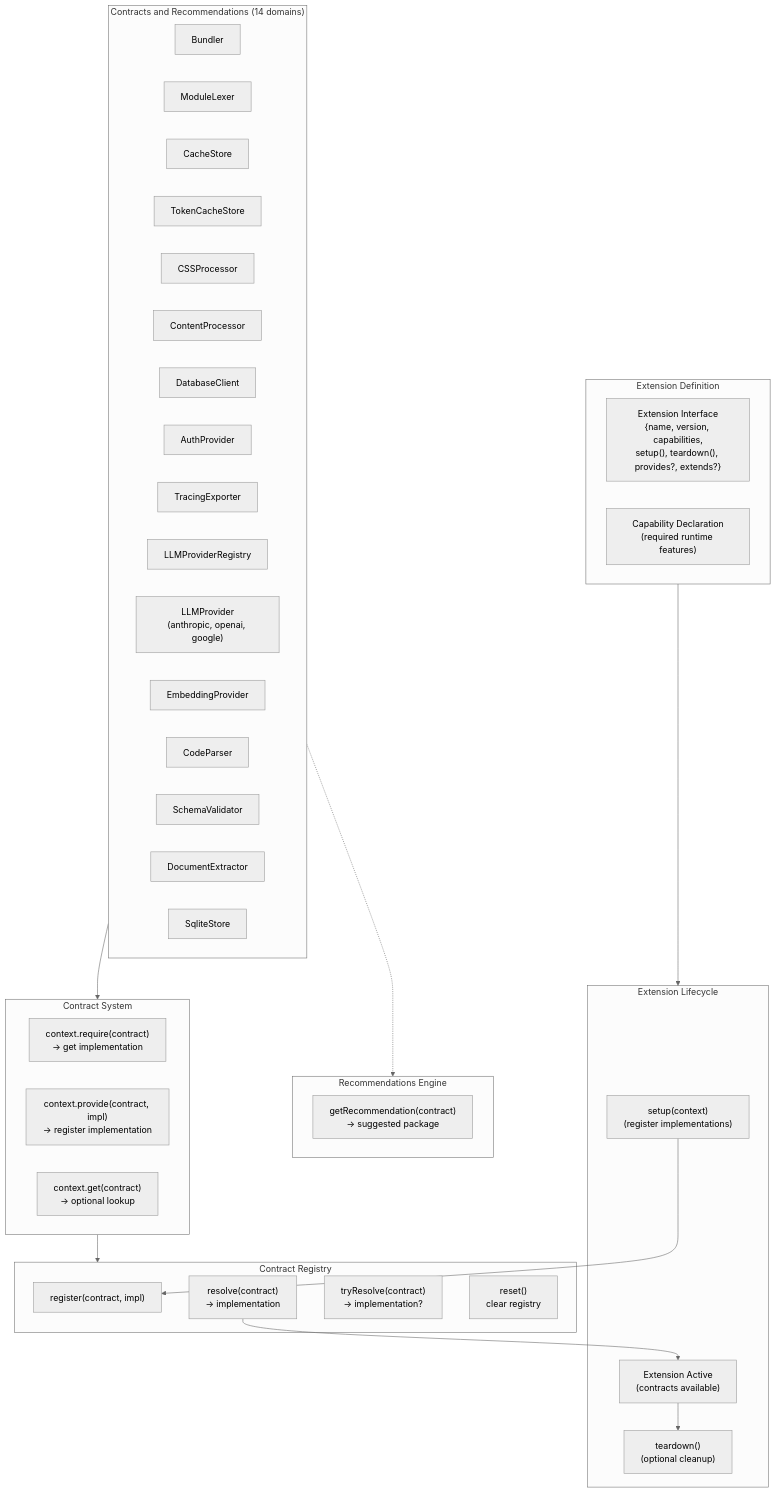
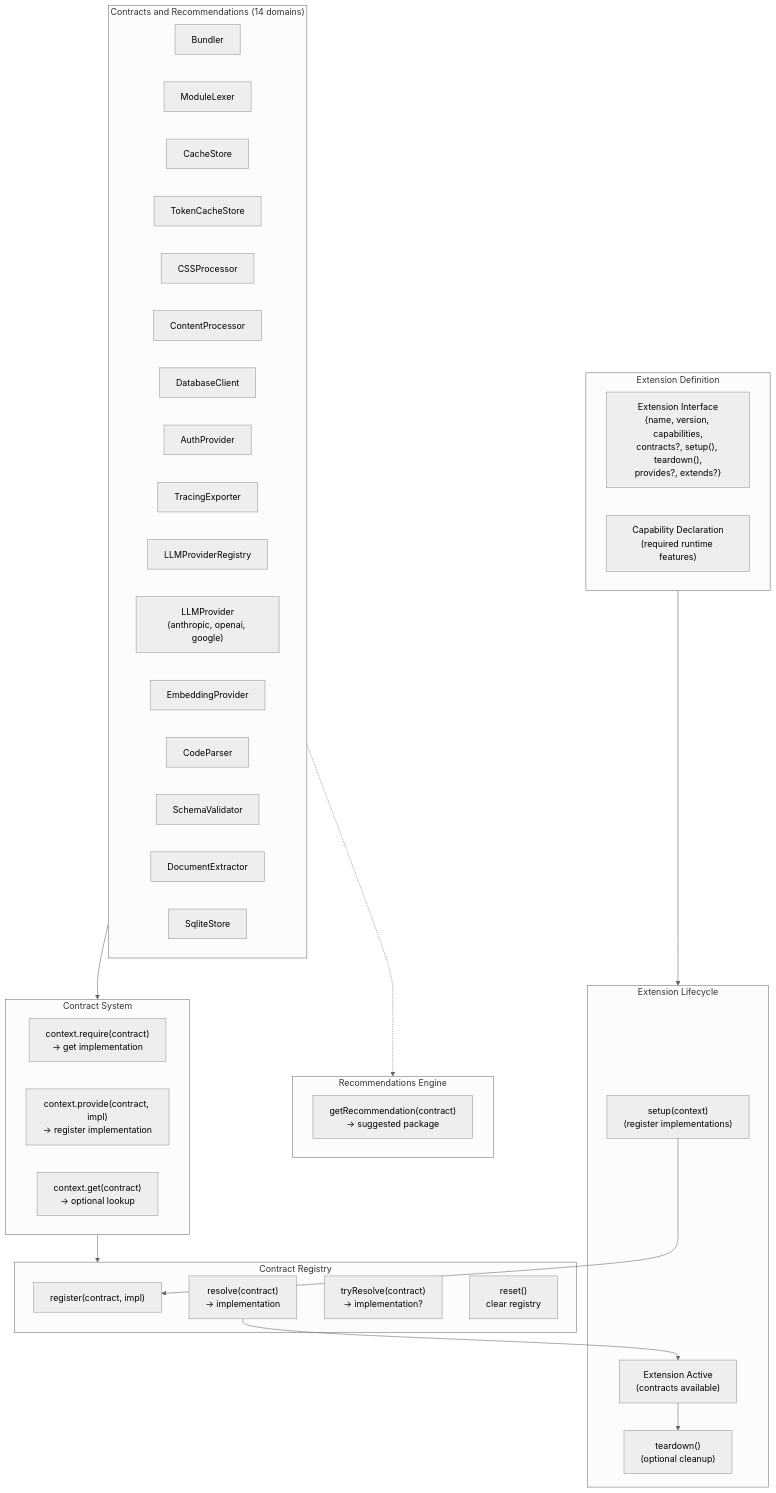
Before and after one commit to veryfront/veryfront-code: the second of 5 diagrams in docs/architecture/06-discovery-extensions.md, drawn with Mermaid (neutral theme). The commit also changed other lines of this file and 57 other files, not shown here.

````diff
--- a/docs/architecture/06-discovery-extensions.md
+++ b/docs/architecture/06-discovery-extensions.md
@@ -94,57 +94,57 @@
 ```mermaid
 graph TB
     subgraph ExtDef["Extension Definition"]
-        ExtInterface["Extension Interface<br/>{name, version, capabilities,<br/>setup(), teardown(), provides?, extends?}"]
+        ExtInterface["Extension Interface<br/>{name, version, capabilities,<br/>contracts?, setup(), teardown(),<br/>provides?, extends?}"]
         Capability["Capability Declaration<br/>(required runtime features)"]
     end
 
     subgraph Contracts["Contracts and Recommendations (14 domains)"]
         Bundler["Bundler"]
         ModuleLexer["ModuleLexer"]
         CacheStore["CacheStore"]
         TokenCacheStore["TokenCacheStore"]
         CSSProcessor["CSSProcessor"]
         ContentTx["ContentProcessor"]
         DatabaseClient["DatabaseClient"]
         AuthProvider["AuthProvider"]
         TracingExporter["TracingExporter"]
         LLMProviderRegistry["LLMProviderRegistry"]
         LLMProvider["LLMProvider<br/>(anthropic, openai, google)"]
         EmbeddingProvider["EmbeddingProvider"]
         CodeParser["CodeParser"]
         SchemaValidator["SchemaValidator"]
         DocumentExtractor["DocumentExtractor"]
         SqliteStore["SqliteStore"]
     end
 
     subgraph ContractSystem["Contract System"]
         Require["context.require(contract)<br/>→ get implementation"]
         Provide["context.provide(contract, impl)<br/>→ register implementation"]
         Get["context.get(contract)<br/>→ optional lookup"]
     end
 
     subgraph Registry2["Contract Registry"]
         Register["register(contract, impl)"]
         Resolve["resolve(contract)<br/>→ implementation"]
         TryResolve["tryResolve(contract)<br/>→ implementation?"]
         Reset["reset()<br/>clear registry"]
     end
 
     subgraph Lifecycle["Extension Lifecycle"]
         Setup["setup(context)<br/>(register implementations)"]
         Active["Extension Active<br/>(contracts available)"]
         Teardown["teardown()<br/>(optional cleanup)"]
     end
 
     subgraph Recommendations["Recommendations Engine"]
         Recommend["getRecommendation(contract)<br/>→ suggested package"]
     end
 
     Contracts --> ContractSystem
     ContractSystem --> Registry2
     ExtDef --> Lifecycle
     Setup --> Register
     Resolve --> Active
     Active --> Teardown
     Contracts -.-> Recommendations
 ```
````
